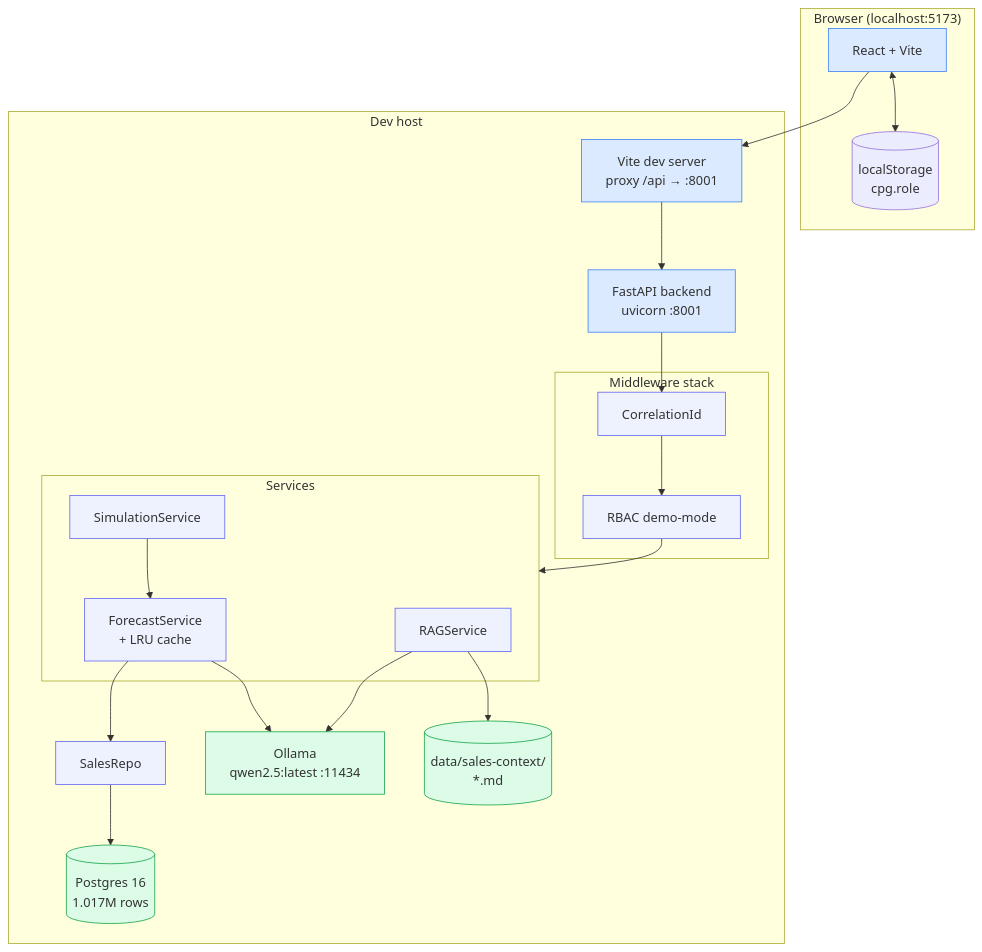
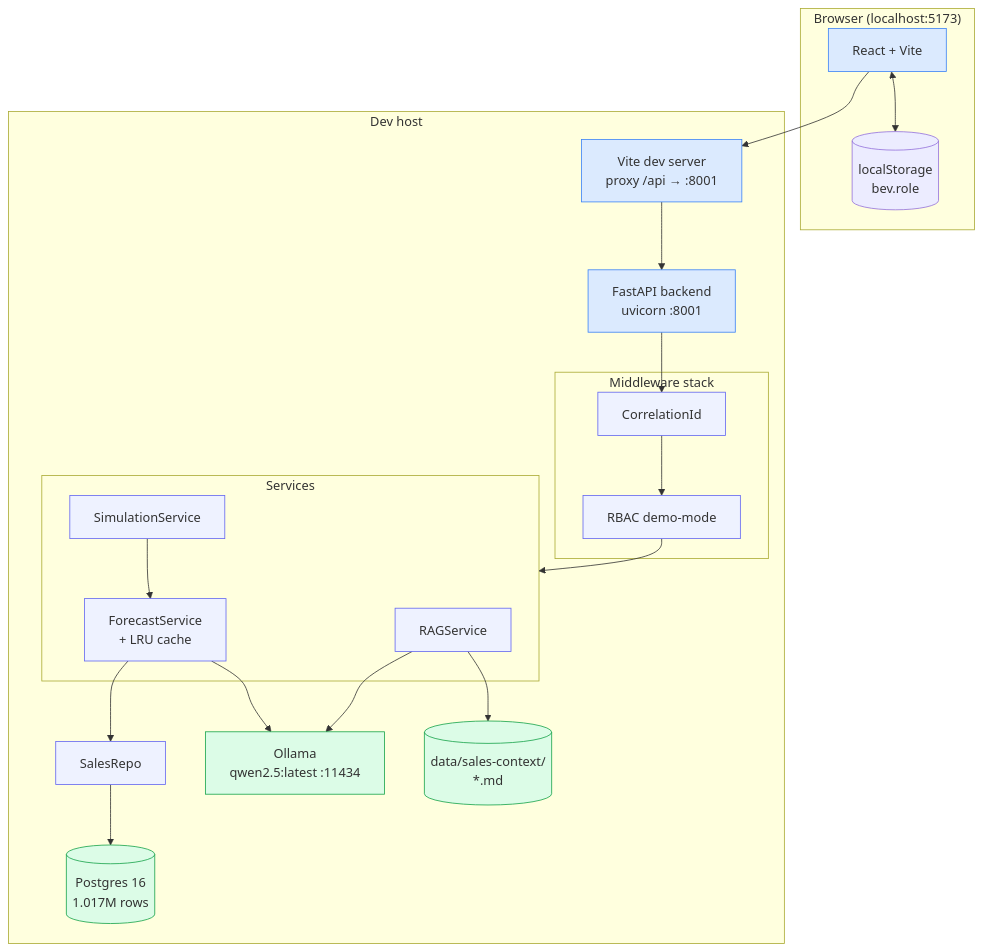
Before and after one commit to PraveenAsthana123/cpg: the diagram in docs/diagrams/sales-architecture.md, drawn with Mermaid. The commit also changed other lines of this file and 92 other files, not shown here.

````diff
--- a/docs/diagrams/sales-architecture.md
+++ b/docs/diagrams/sales-architecture.md
@@ -3,45 +3,45 @@
 ```mermaid
 graph TB
     subgraph Browser["Browser (localhost:5173)"]
         UI[React + Vite]
-        LS[(localStorage<br/>cpg.role)]
+        LS[(localStorage<br/>bev.role)]
     end
 
     subgraph Dev["Dev host"]
         Vite[Vite dev server<br/>proxy /api → :8001]
         BE[FastAPI backend<br/>uvicorn :8001]
         subgraph Middleware["Middleware stack"]
             CID[CorrelationId]
             RBAC[RBAC demo-mode]
         end
         subgraph Services["Services"]
             FS[ForecastService<br/>+ LRU cache]
             SS[SimulationService]
             RAG[RAGService]
         end
         REPO[SalesRepo]
         PG[(Postgres 16<br/>1.017M rows)]
         OLL[Ollama<br/>qwen2.5:latest :11434]
         CTX[(data/sales-context/<br/>*.md)]
     end
 
     UI --> Vite
     UI <--> LS
     Vite --> BE
     BE --> CID
     CID --> RBAC
     RBAC --> Services
     FS --> REPO
     SS --> FS
     REPO --> PG
     RAG --> OLL
     RAG --> CTX
     FS --> OLL
 
     classDef dim fill:#eef2ff,stroke:#6366f1
     classDef core fill:#dbeafe,stroke:#3b82f6
     classDef ext fill:#dcfce7,stroke:#16a34a
     class UI,Vite,BE core
     class PG,OLL,CTX ext
     class CID,RBAC,FS,SS,RAG,REPO dim
 ```
````
